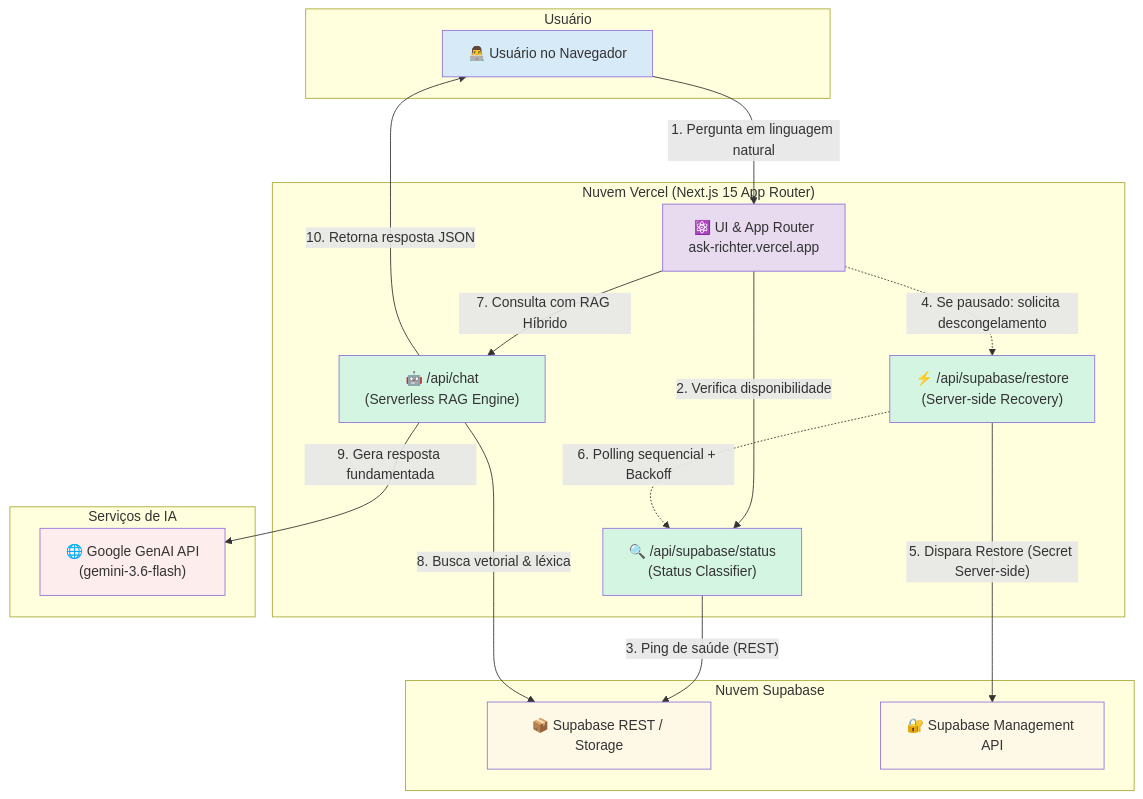
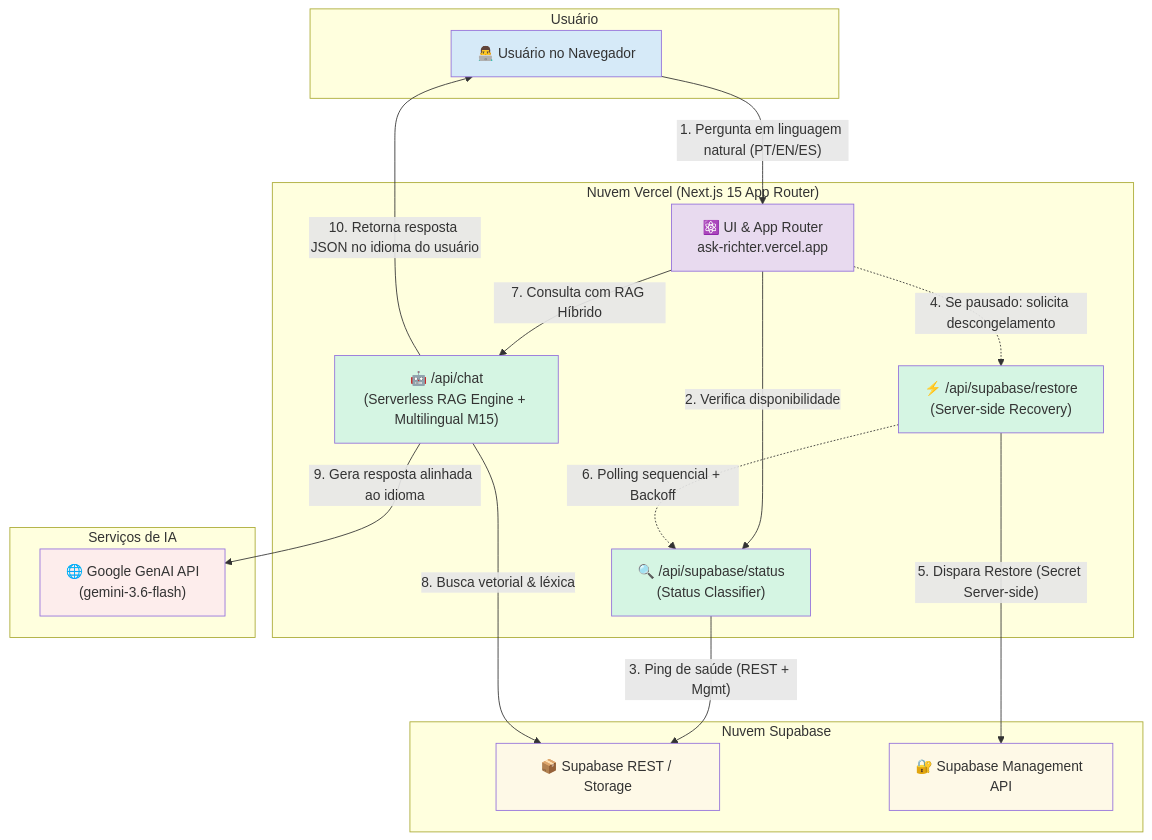
One commit to lfrichter/ask-richter changed the diagram in README.md. Above: the diagram before and after it, drawn with Mermaid. The commit also changed other lines of this file, not shown here.

Commit message:
docs: update README with M15 multilingual RAG alignment, production routing invariants, and updated test suite metrics

````diff
--- a/README.md
+++ b/README.md
@@ -78,44 +79,44 @@
 ```mermaid
 graph TD
     subgraph "Usuário"
         User["👨‍💻 Usuário no Navegador"]
     end
 
     subgraph "Nuvem Vercel (Next.js 15 App Router)"
         Frontend["⚛️ UI & App Router<br>ask-richter.vercel.app"]
         StatusApi["🔍 /api/supabase/status<br>(Status Classifier)"]
         RestoreApi["⚡ /api/supabase/restore<br>(Server-side Recovery)"]
-        ChatApi["🤖 /api/chat<br>(Serverless RAG Engine)"]
+        ChatApi["🤖 /api/chat<br>(Serverless RAG Engine + Multilingual M15)"]
     end
 
     subgraph "Nuvem Supabase"
         SupabaseREST["📦 Supabase REST / Storage"]
         SupabaseMgmt["🔐 Supabase Management API"]
     end
 
     subgraph "Serviços de IA"
         GeminiAPI["🌐 Google GenAI API<br>(gemini-3.6-flash)"]
     end
 
-    User -- "1. Pergunta em linguagem natural" --> Frontend
+    User -- "1. Pergunta em linguagem natural (PT/EN/ES)" --> Frontend
     Frontend -- "2. Verifica disponibilidade" --> StatusApi
-    StatusApi -- "3. Ping de saúde (REST)" --> SupabaseREST
+    StatusApi -- "3. Ping de saúde (REST + Mgmt)" --> SupabaseREST
 
     Frontend -. "4. Se pausado: solicita descongelamento" .-> RestoreApi
     RestoreApi -- "5. Dispara Restore (Secret Server-side)" --> SupabaseMgmt
     RestoreApi -. "6. Polling sequencial + Backoff" .-> StatusApi
 
     Frontend -- "7. Consulta com RAG Híbrido" --> ChatApi
     ChatApi -- "8. Busca vetorial & léxica" --> SupabaseREST
-    ChatApi -- "9. Gera resposta fundamentada" --> GeminiAPI
-    ChatApi -- "10. Retorna resposta JSON" --> User
+    ChatApi -- "9. Gera resposta alinhada ao idioma" --> GeminiAPI
+    ChatApi -- "10. Retorna resposta JSON no idioma do usuário" --> User
 
     style User fill:#D6EAF8
     style Frontend fill:#E8DAEF
     style StatusApi fill:#D5F5E3
     style RestoreApi fill:#D5F5E3
     style ChatApi fill:#D5F5E3
     style SupabaseREST fill:#FEF9E7
     style SupabaseMgmt fill:#FEF9E7
     style GeminiAPI fill:#FDEDEC
 ```
````
